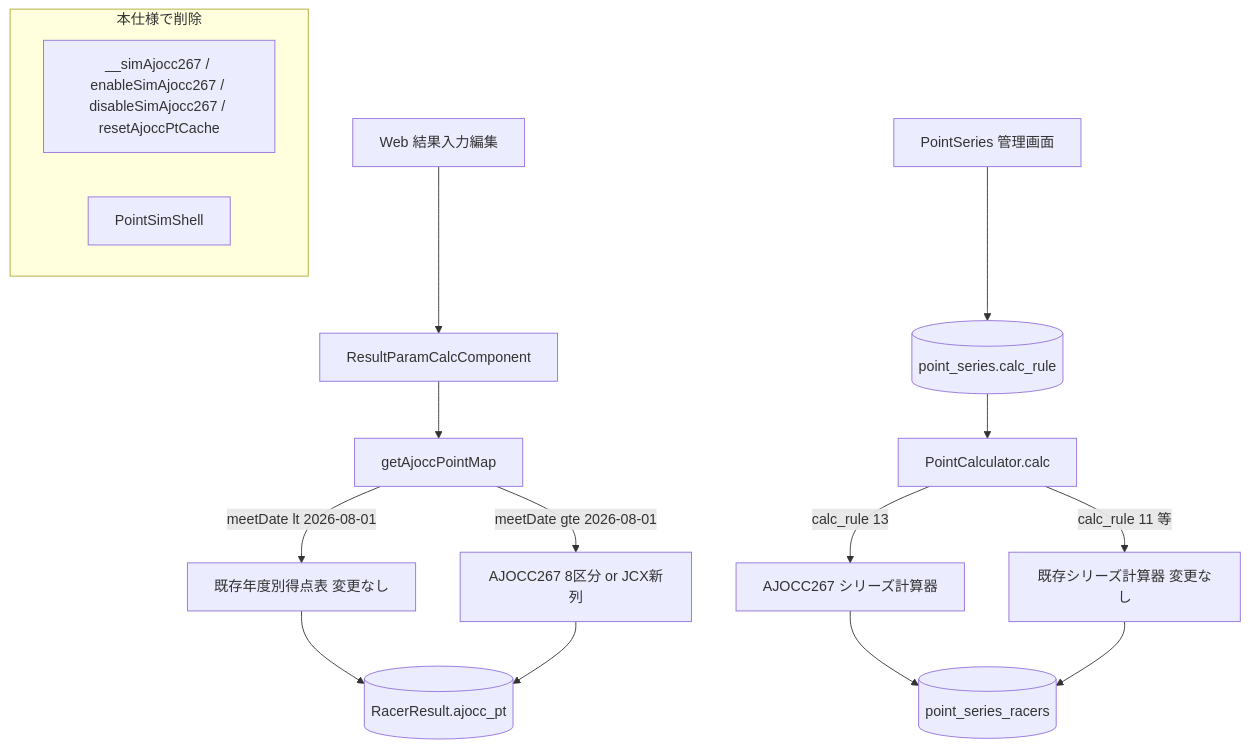
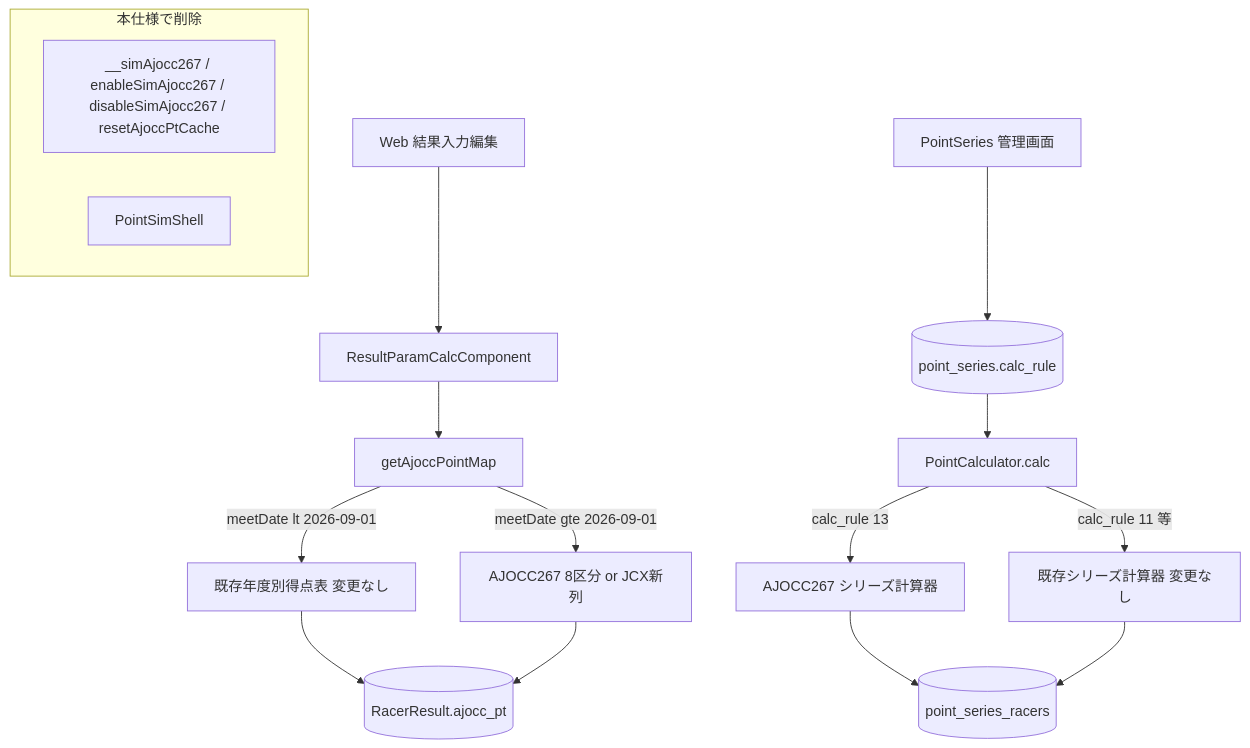
One commit to cyclox-dev/cyclox2_docker changed the first of 3 diagrams in .kiro/specs/ajocc-point-267-prod/design.md. Above: the diagram before and after it, drawn with Mermaid. The commit also changed other lines of this file and 6 other files, not shown here.

````diff
--- a/.kiro/specs/ajocc-point-267-prod/design.md
+++ b/.kiro/specs/ajocc-point-267-prod/design.md
@@ -106,21 +106,21 @@
 ```mermaid
 flowchart TD
     Web[Web 結果入力編集] --> RPC[ResultParamCalcComponent]
     RPC --> GMAP[getAjoccPointMap]
-    GMAP -->|meetDate lt 2026-08-01| LegacyTables[既存年度別得点表 変更なし]
-    GMAP -->|meetDate gte 2026-08-01| NewTable[AJOCC267 8区分 or JCX新列]
+    GMAP -->|meetDate lt 2026-09-01| LegacyTables[既存年度別得点表 変更なし]
+    GMAP -->|meetDate gte 2026-09-01| NewTable[AJOCC267 8区分 or JCX新列]
     LegacyTables --> AjoccPt[(RacerResult.ajocc_pt)]
     NewTable --> AjoccPt
 
     AdminUI[PointSeries 管理画面] --> PS[(point_series.calc_rule)]
     PS --> PC[PointCalculator.calc]
     PC -->|calc_rule 13| NewSeriesCalc[AJOCC267 シリーズ計算器]
     PC -->|calc_rule 11 等| LegacySeriesCalc[既存シリーズ計算器 変更なし]
     NewSeriesCalc --> PSR[(point_series_racers)]
     LegacySeriesCalc --> PSR
 
     subgraph Removed[本仕様で削除]
         SimFlag[__simAjocc267 / enableSimAjocc267 / disableSimAjocc267 / resetAjoccPtCache]
         Shell[PointSimShell]
     end
 ```
````
